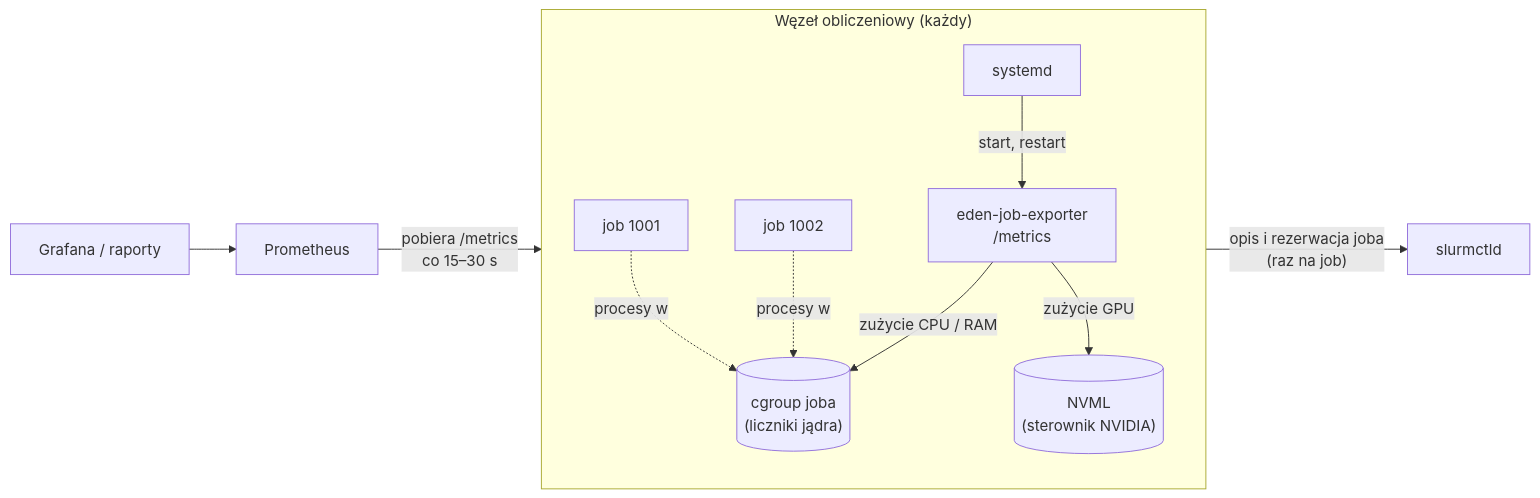
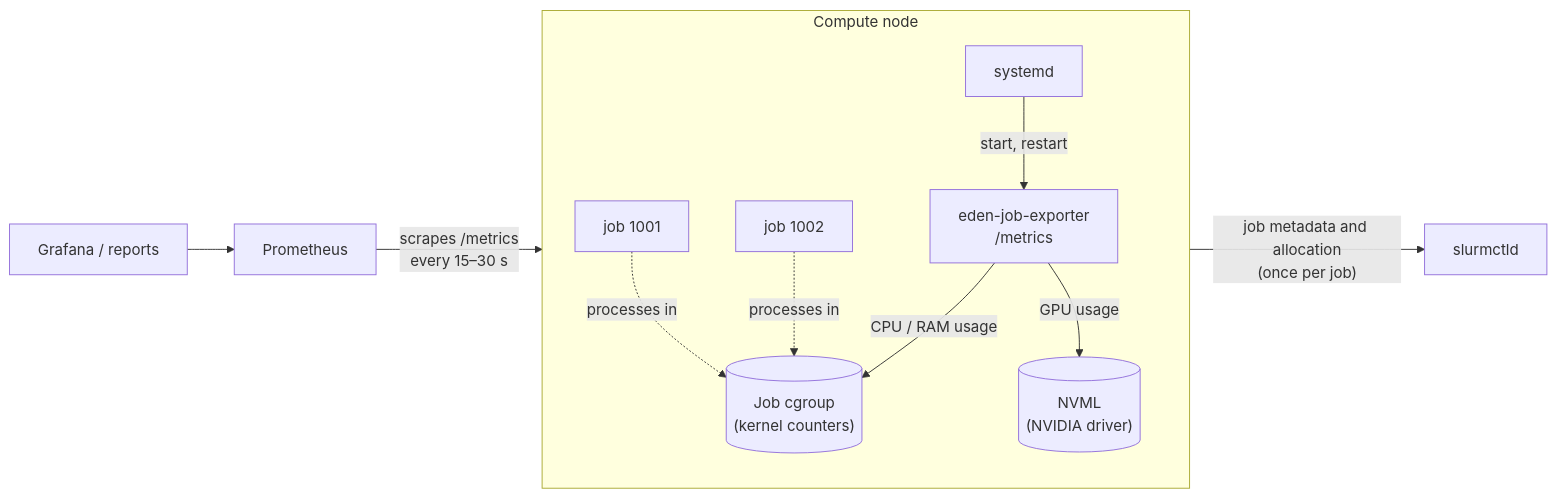
Before and after one commit to Eden-project-KNDS/Dynamic-Monitoring: the first of 5 diagrams in Documentation/eden-job-exporter-spec.md, drawn with Mermaid. The commit also changed other lines of this file and 10 other files, not shown here.

````diff
--- a/Documentation/eden-job-exporter-spec.md
+++ b/Documentation/eden-job-exporter-spec.md
@@ -16,19 +15,19 @@
 ```mermaid
 flowchart LR
-    subgraph NODE["Węzeł obliczeniowy (każdy)"]
+    subgraph NODE["Compute node"]
         direction TB
         SD["systemd"] -->|"start, restart"| EXP["eden-job-exporter<br/>/metrics"]
-        CG[("cgroup joba<br/>(liczniki jądra)")]
-        NV[("NVML<br/>(sterownik NVIDIA)")]
-        J1["job 1001"] -. "procesy w" .-> CG
-        J2["job 1002"] -. "procesy w" .-> CG
-        EXP -->|"zużycie CPU / RAM"| CG
-        EXP -->|"zużycie GPU"| NV
+        CG[("Job cgroup<br/>(kernel counters)")]
+        NV[("NVML<br/>(NVIDIA driver)")]
+        J1["job 1001"] -. "processes in" .-> CG
+        J2["job 1002"] -. "processes in" .-> CG
+        EXP -->|"CPU / RAM usage"| CG
+        EXP -->|"GPU usage"| NV
     end
 
     CTL["slurmctld"]
-    EXP -->|"opis i rezerwacja joba<br/>(raz na job)"| CTL
+    EXP -->|"job metadata and allocation<br/>(once per job)"| CTL
 
-    PROM["Prometheus"] -->|"pobiera /metrics<br/>co 15–30 s"| EXP
-    GRAF["Grafana / raporty"] --> PROM
+    PROM["Prometheus"] -->|"scrapes /metrics<br/>every 15–30 s"| EXP
+    GRAF["Grafana / reports"] --> PROM
 ```
````
